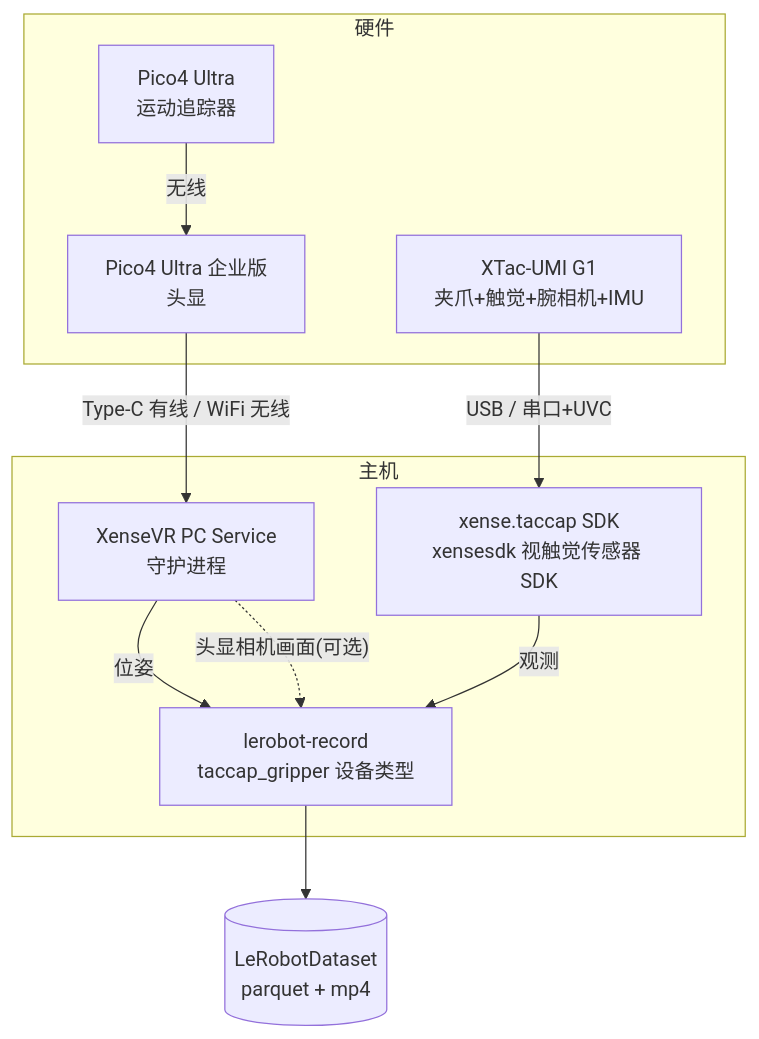
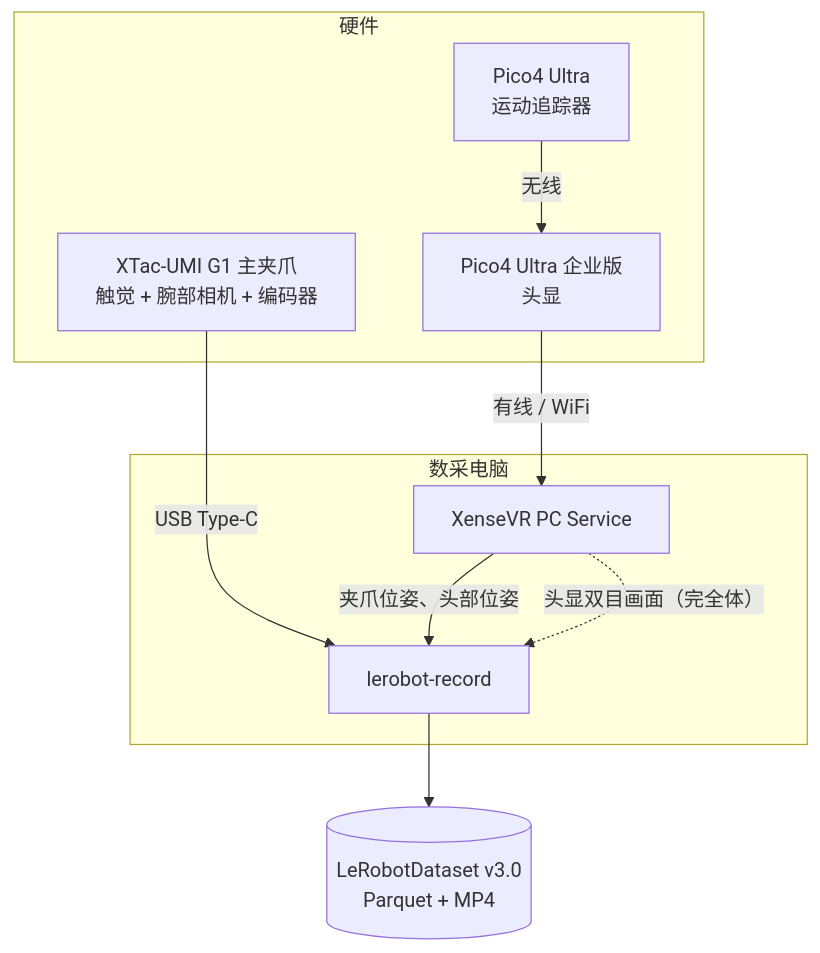
One commit to XenseRobotics-AI/XTac-UMI-G1-Docs changed the diagram in docs/01-overview.md. Above: the diagram before and after it, drawn with Mermaid. The commit also changed other lines of this file and 1 other file, not shown here.

Commit message:
docs: 概述精简为客户视角，去掉从夹爪电机行，补三档采集与 LeRobotDataset v3.0

````diff
--- a/docs/01-overview.md
+++ b/docs/01-overview.md
@@ -30,20 +24,18 @@
 ```mermaid
 flowchart TB
     subgraph 硬件
-      G[XTac-UMI G1<br/>夹爪+触觉+腕相机+IMU]
+      G[XTac-UMI G1 主夹爪<br/>触觉 + 腕部相机 + 编码器]
       T[Pico4 Ultra<br/>运动追踪器]
       H[Pico4 Ultra 企业版<br/>头显]
     end
-    subgraph 主机
-      PS[XenseVR PC Service<br/>守护进程]
-      SDK[xense.taccap SDK<br/>xensesdk 视触觉传感器 SDK]
-      LR[lerobot-record<br/>taccap_gripper 设备类型]
+    subgraph 数采电脑
+      PS[XenseVR PC Service]
+      LR[lerobot-record]
     end
-    G -- USB / 串口+UVC --> SDK
+    G -- USB Type-C --> LR
     T -- 无线 --> H
-    H -- Type-C 有线 / WiFi 无线 --> PS
-    PS -- 位姿 --> LR
-    PS -. 头显相机画面(可选) .-> LR
-    SDK -- 观测 --> LR
-    LR --> DS[(LeRobotDataset<br/>parquet + mp4)]
+    H -- 有线 / WiFi --> PS
+    PS -- 夹爪位姿、头部位姿 --> LR
+    PS -. 头显双目画面（完全体） .-> LR
+    LR --> DS[(LeRobotDataset v3.0<br/>Parquet + MP4)]
 ```
````
